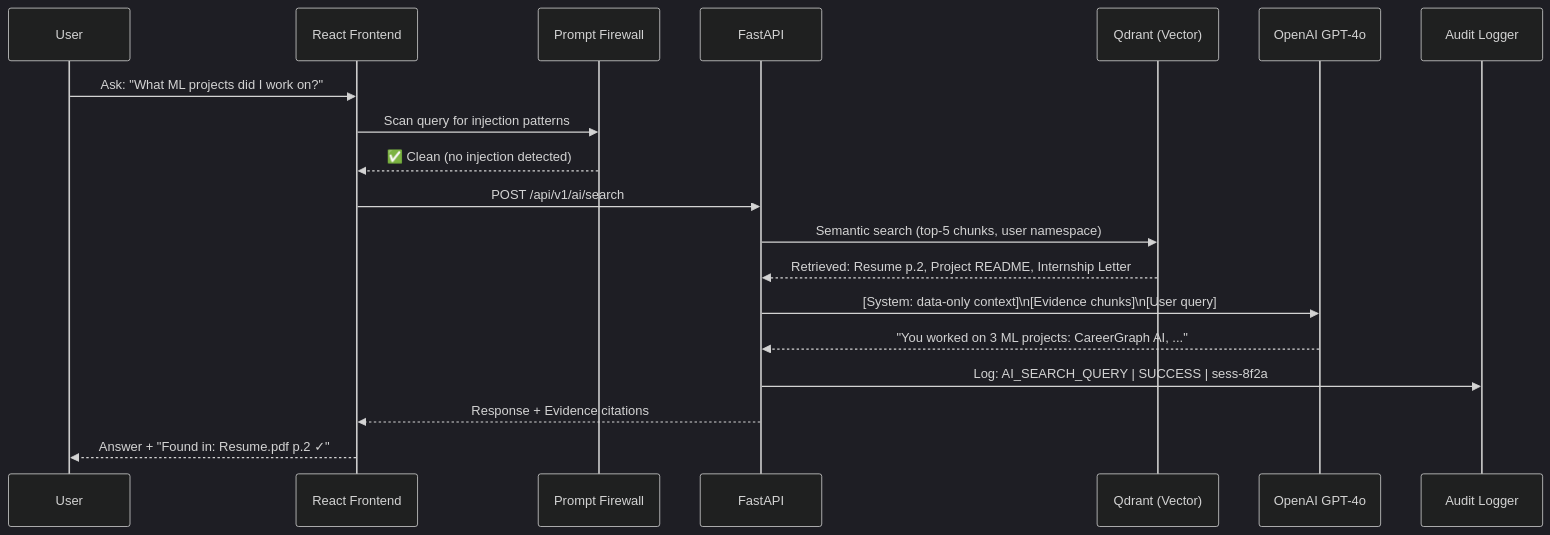
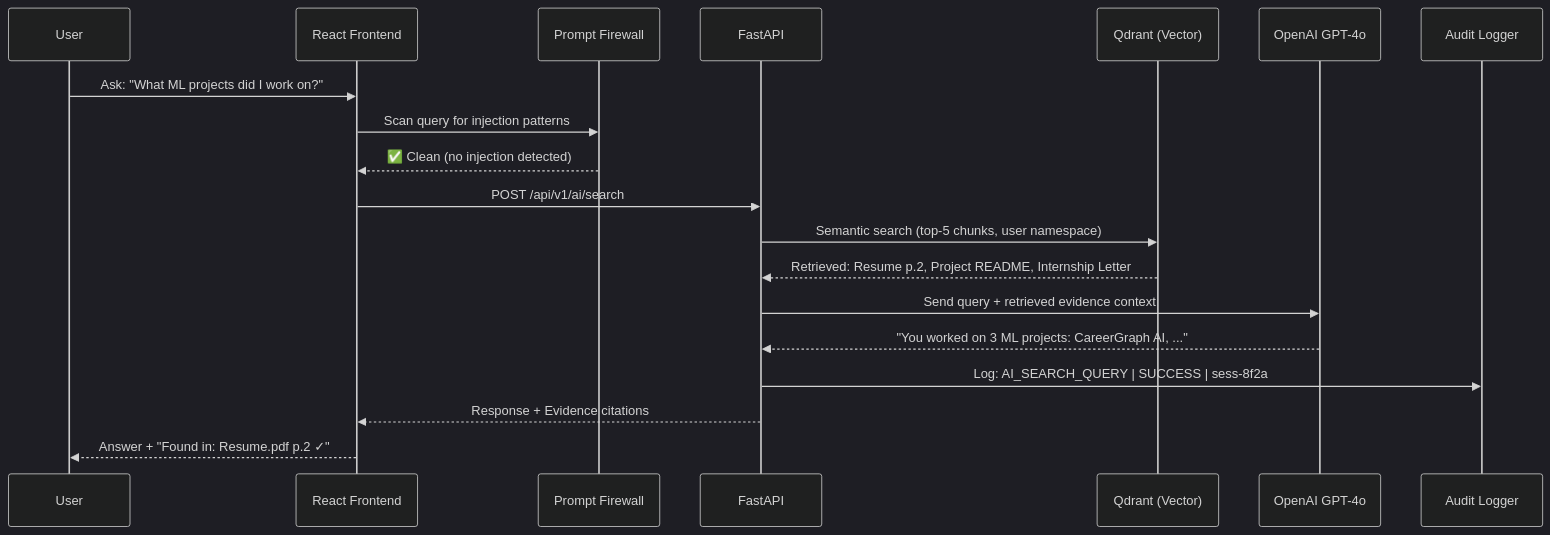
Before and after one commit to Rishisharma029/careergraph-ai: the third of 7 diagrams in README.md, drawn with Mermaid (dark theme). The commit also changed other lines of this file, not shown here.

First line of the commit message:
fix(docs): resolve Mermaid diagram parse errors in README.md

````diff
--- a/README.md
+++ b/README.md
@@ -177,22 +177,22 @@
 ```mermaid
 sequenceDiagram
     participant U as User
     participant FE as React Frontend
     participant FW as Prompt Firewall
     participant API as FastAPI
     participant Q as Qdrant (Vector)
     participant AI as OpenAI GPT-4o
     participant AUD as Audit Logger
 
     U->>FE: Ask: "What ML projects did I work on?"
     FE->>FW: Scan query for injection patterns
     FW-->>FE: ✅ Clean (no injection detected)
     FE->>API: POST /api/v1/ai/search
     API->>Q: Semantic search (top-5 chunks, user namespace)
     Q-->>API: Retrieved: Resume p.2, Project README, Internship Letter
-    API->>AI: [System: data-only context]\n[Evidence chunks]\n[User query]
+    API->>AI: Send query + retrieved evidence context
     AI-->>API: "You worked on 3 ML projects: CareerGraph AI, ..."
     API->>AUD: Log: AI_SEARCH_QUERY | SUCCESS | sess-8f2a
     API-->>FE: Response + Evidence citations
     FE-->>U: Answer + "Found in: Resume.pdf p.2 ✓"
 ```
````
